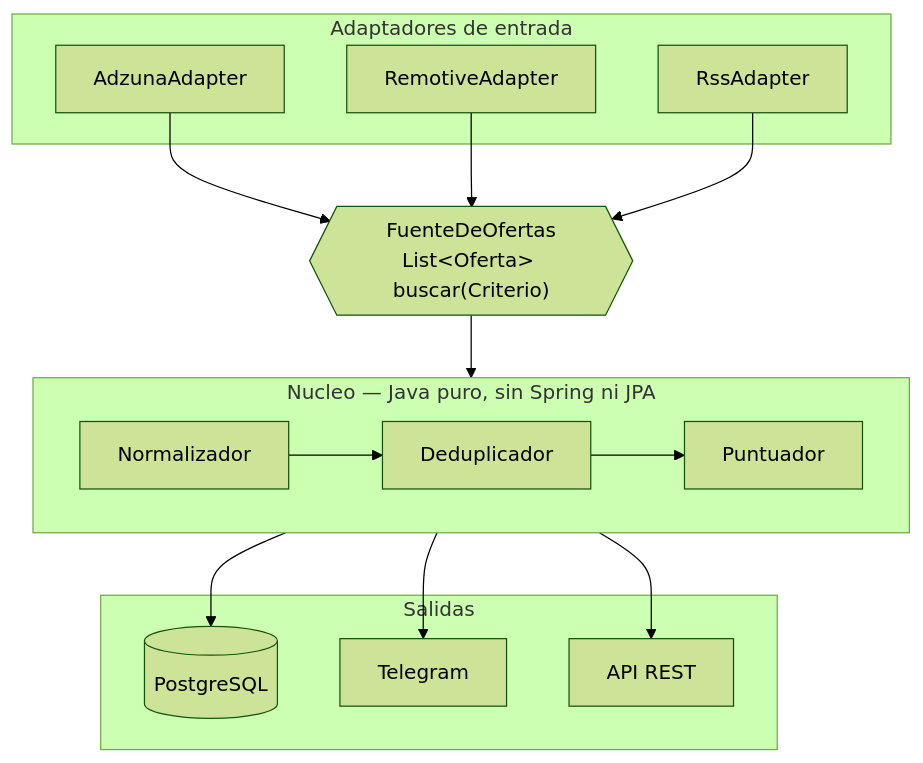
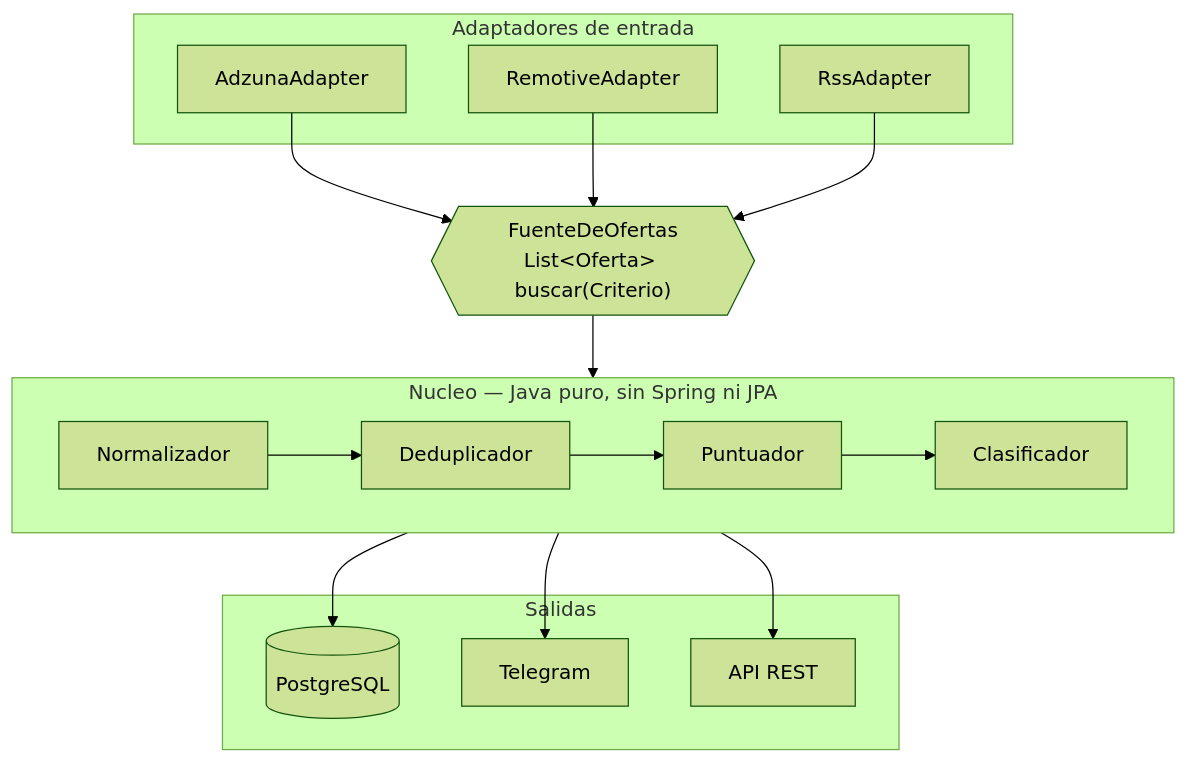
The first of 2 diagrams in README.md (Miguel04MK/RedTrack), drawn with Mermaid (forest theme) before and after one commit. The commit also changed other lines of this file and 2 other files, not shown here.

````diff
--- a/README.md
+++ b/README.md
@@ -40,28 +45,28 @@
 ```mermaid
 flowchart TD
     subgraph entrada["Adaptadores de entrada"]
         A1[AdzunaAdapter]
         A2[RemotiveAdapter]
         A3[RssAdapter]
     end
 
     P{{"FuenteDeOfertas<br/>List&lt;Oferta&gt; buscar(Criterio)"}}
 
     subgraph nucleo["Nucleo — Java puro, sin Spring ni JPA"]
-        N1[Normalizador] --> N2[Deduplicador] --> N3[Puntuador]
+        N1[Normalizador] --> N2[Deduplicador] --> N3[Puntuador] --> N4[Clasificador]
     end
 
     subgraph salidas["Salidas"]
         S1[(PostgreSQL)]
         S2[Telegram]
         S3[API REST]
     end
 
     A1 --> P
     A2 --> P
     A3 --> P
     P --> nucleo
     nucleo --> S1
     nucleo --> S2
     nucleo --> S3
 ```
````
